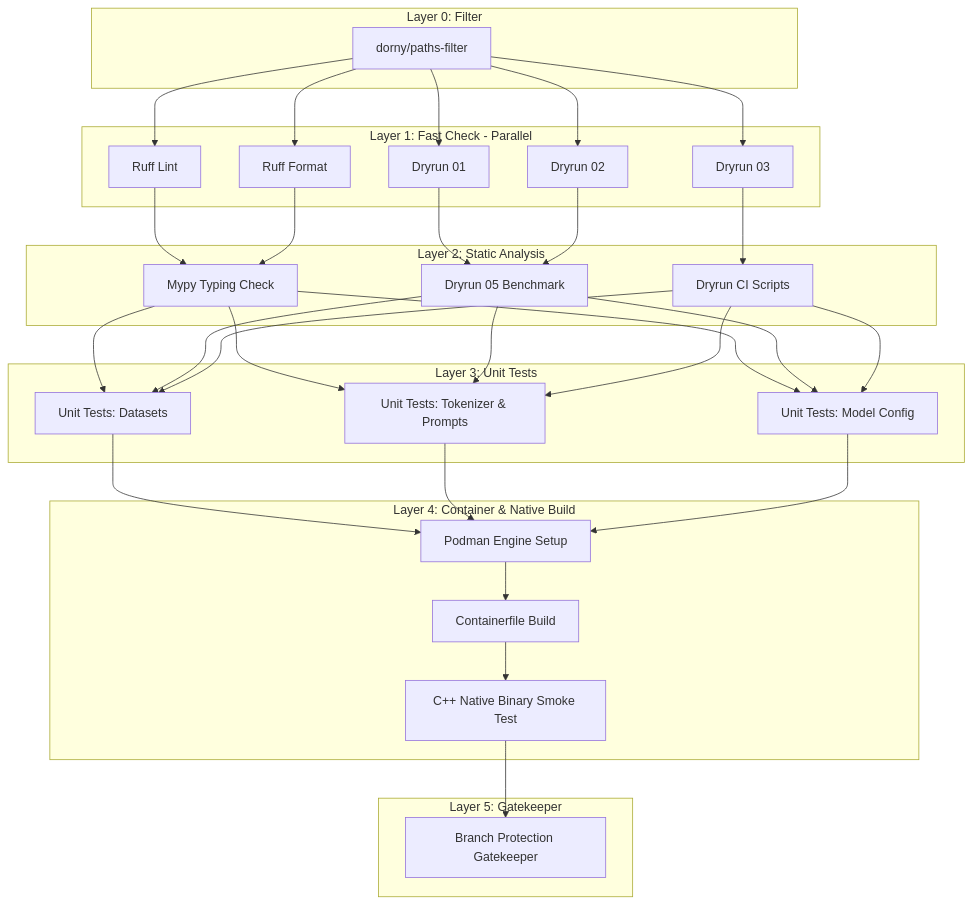
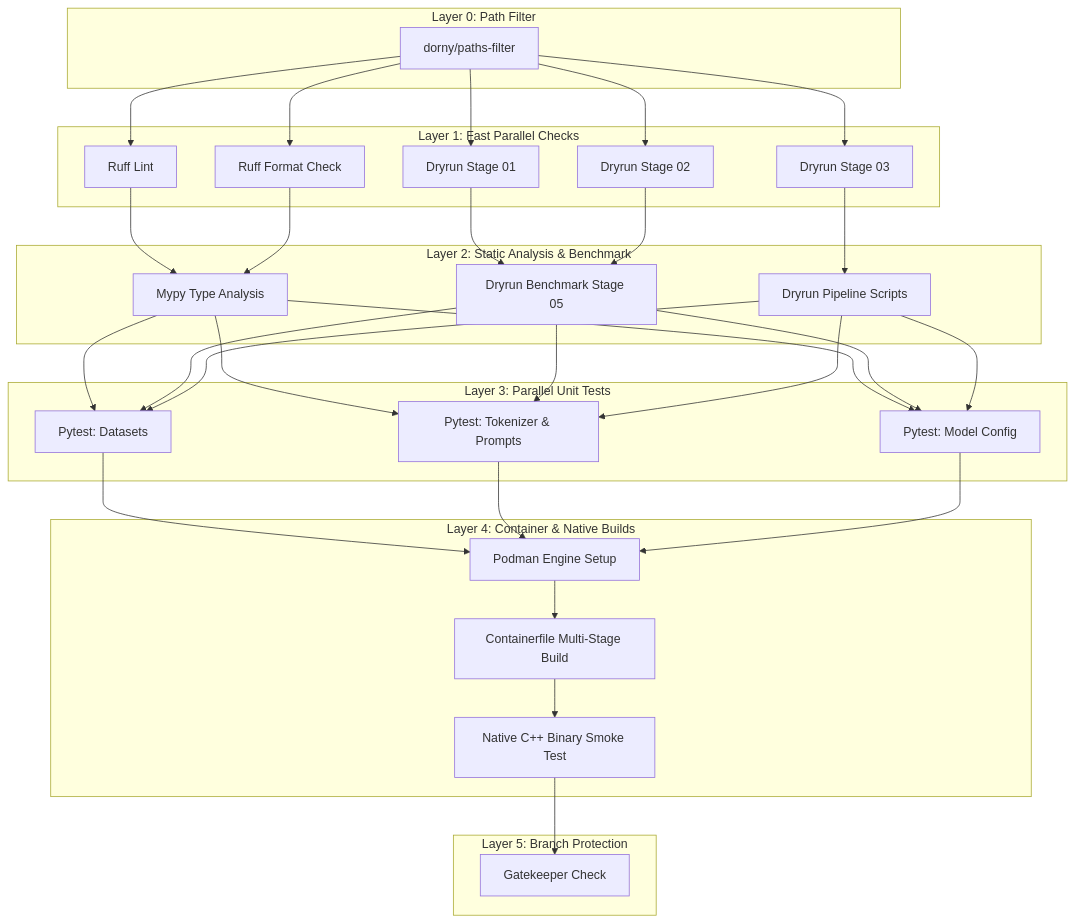
Before and after one commit to Helfstein-one/MAURICE: the second of 2 diagrams in README.md, drawn with Mermaid. The commit also changed other lines of this file and 4 other files, not shown here.

First line of the commit message:
doc: enhance README documentation with extensive model info and SVG diagrams

````diff
--- a/README.md
+++ b/README.md
@@ -67,45 +334,45 @@
 ```mermaid
 flowchart TD
-    subgraph Layer0[Layer 0: Filter]
+    subgraph Layer0[Layer 0: Path Filter]
         L0[dorny/paths-filter]
     end
 
-    subgraph Layer1[Layer 1: Fast Check - Parallel]
+    subgraph Layer1[Layer 1: Fast Parallel Checks]
         L1A[Ruff Lint]
-        L1B[Ruff Format]
-        L1C[Dryrun 01]
-        L1D[Dryrun 02]
-        L1E[Dryrun 03]
+        L1B[Ruff Format Check]
+        L1C[Dryrun Stage 01]
+        L1D[Dryrun Stage 02]
+        L1E[Dryrun Stage 03]
     end
 
-    subgraph Layer2[Layer 2: Static Analysis]
-        L2A[Mypy Typing Check]
-        L2B[Dryrun 05 Benchmark]
-        L2C[Dryrun CI Scripts]
+    subgraph Layer2[Layer 2: Static Analysis & Benchmark]
+        L2A[Mypy Type Analysis]
+        L2B[Dryrun Benchmark Stage 05]
+        L2C[Dryrun Pipeline Scripts]
     end
 
-    subgraph Layer3[Layer 3: Unit Tests]
-        L3A[Unit Tests: Datasets]
-        L3B[Unit Tests: Tokenizer & Prompts]
-        L3C[Unit Tests: Model Config]
+    subgraph Layer3[Layer 3: Parallel Unit Tests]
+        L3A[Pytest: Datasets]
+        L3B[Pytest: Tokenizer & Prompts]
+        L3C[Pytest: Model Config]
     end
 
-    subgraph Layer4[Layer 4: Container & Native Build]
+    subgraph Layer4[Layer 4: Container & Native Builds]
         L4A[Podman Engine Setup]
-        L4B[Containerfile Build]
-        L4C[C++ Native Binary Smoke Test]
+        L4B[Containerfile Multi-Stage Build]
+        L4C[Native C++ Binary Smoke Test]
     end
 
-    subgraph Layer5[Layer 5: Gatekeeper]
-        L5[Branch Protection Gatekeeper]
+    subgraph Layer5[Layer 5: Branch Protection]
+        L5[Gatekeeper Check]
     end
 
     L0 --> L1A & L1B & L1C & L1D & L1E
     L1A & L1B --> L2A
     L1C & L1D --> L2B
     L1E --> L2C
     L2A & L2B & L2C --> L3A & L3B & L3C
     L3A & L3B & L3C --> L4A
     L4A --> L4B --> L4C
     L4C --> L5
 ```
````
